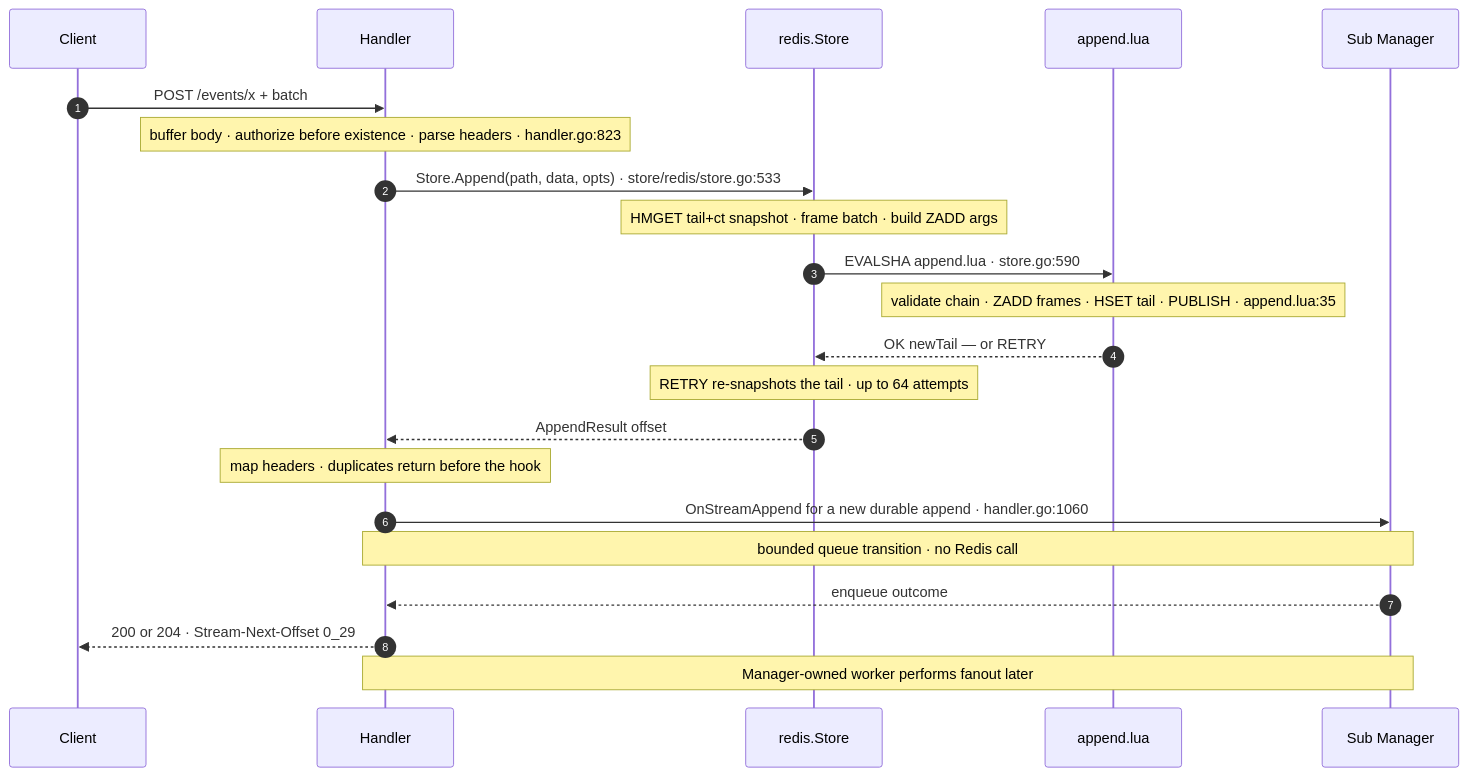
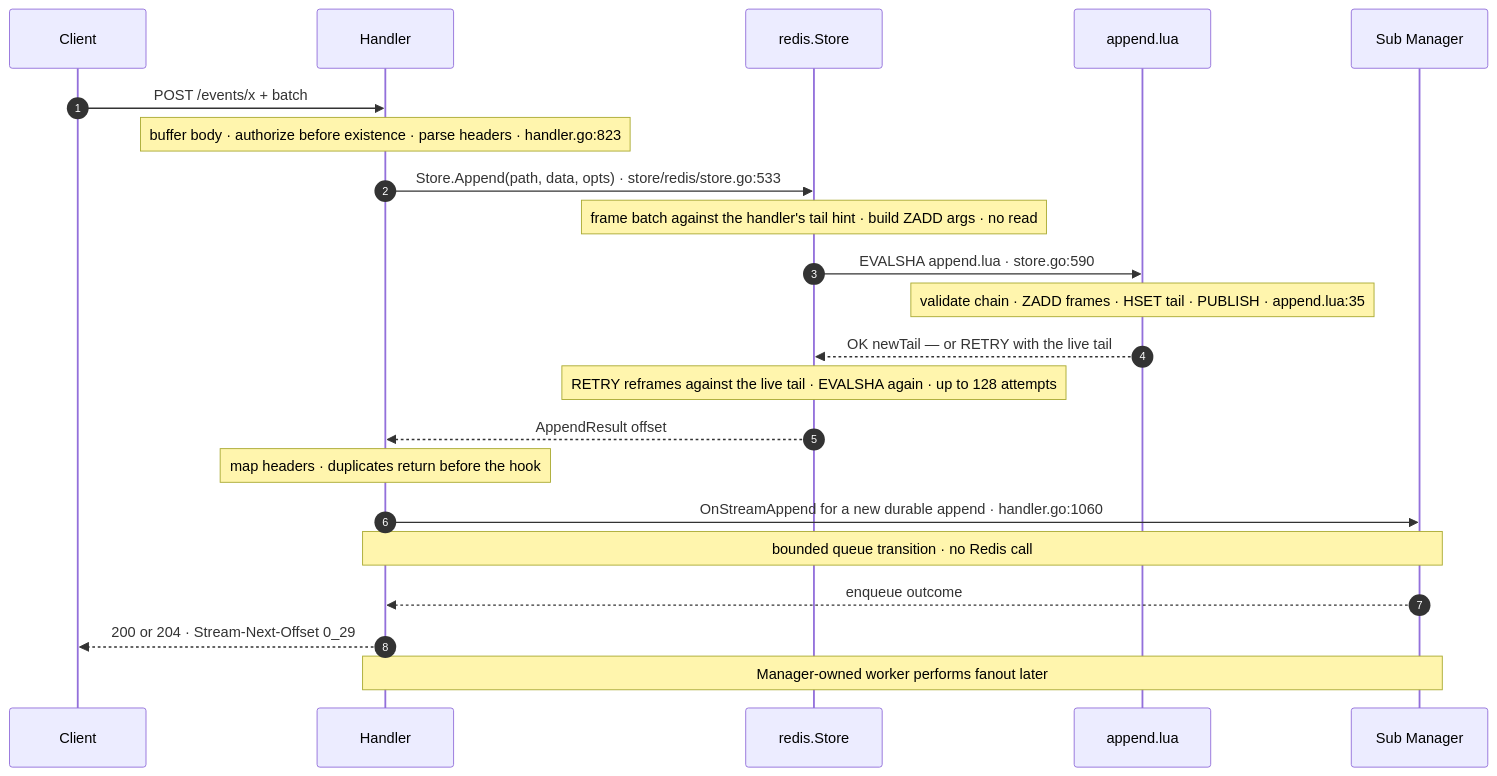
Before and after one commit to adityavkk/chronicle: the diagram in docs-site/diagrams/seq-trace-append.mmd, drawn with Mermaid. The commit also changed 7 other files, not shown here.

First line of the commit message:
docs(site): append flow frames against the handler's tail and retries in one trip

```diff
--- a/docs-site/diagrams/seq-trace-append.mmd
+++ b/docs-site/diagrams/seq-trace-append.mmd
@@ -1,22 +1,22 @@
 sequenceDiagram
     autonumber
     participant C as Client
     participant H as Handler
     participant S as redis.Store
     participant L as append.lua
     participant M as Sub Manager
     C->>H: POST /events/x + batch
     Note over H: buffer body · authorize before existence · parse headers · handler.go:823
     H->>S: Store.Append(path, data, opts) · store/redis/store.go:533
-    Note over S: HMGET tail+ct snapshot · frame batch · build ZADD args
+    Note over S: frame batch against the handler's tail hint · build ZADD args · no read
     S->>L: EVALSHA append.lua · store.go:590
     Note over L: validate chain · ZADD frames · HSET tail · PUBLISH · append.lua:35
-    L-->>S: OK newTail — or RETRY
-    Note over S: RETRY re-snapshots the tail · up to 64 attempts
+    L-->>S: OK newTail — or RETRY with the live tail
+    Note over S: RETRY reframes against the live tail · EVALSHA again · up to 128 attempts
     S-->>H: AppendResult offset
     Note over H: map headers · duplicates return before the hook
     H->>M: OnStreamAppend for a new durable append · handler.go:1060
     Note over H,M: bounded queue transition · no Redis call
     M-->>H: enqueue outcome
     H-->>C: 200 or 204 · Stream-Next-Offset 0_29
     Note over H,M: Manager-owned worker performs fanout later
```
